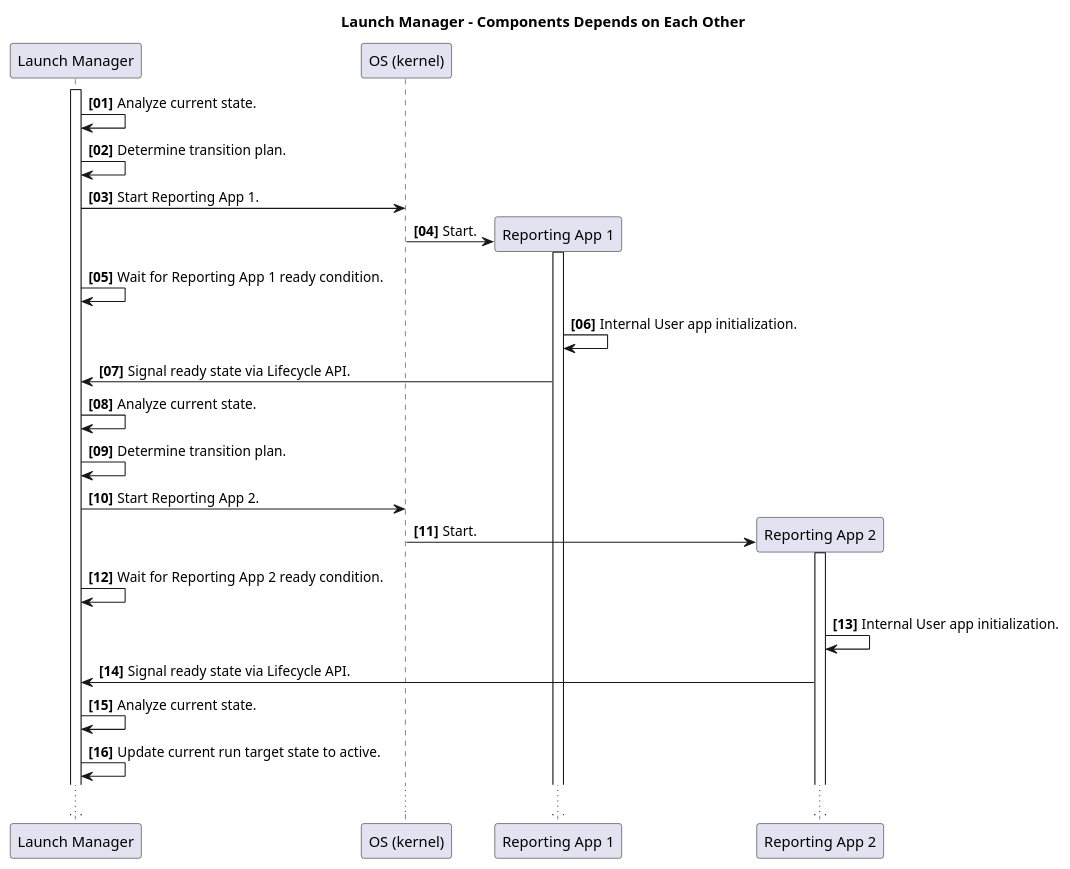
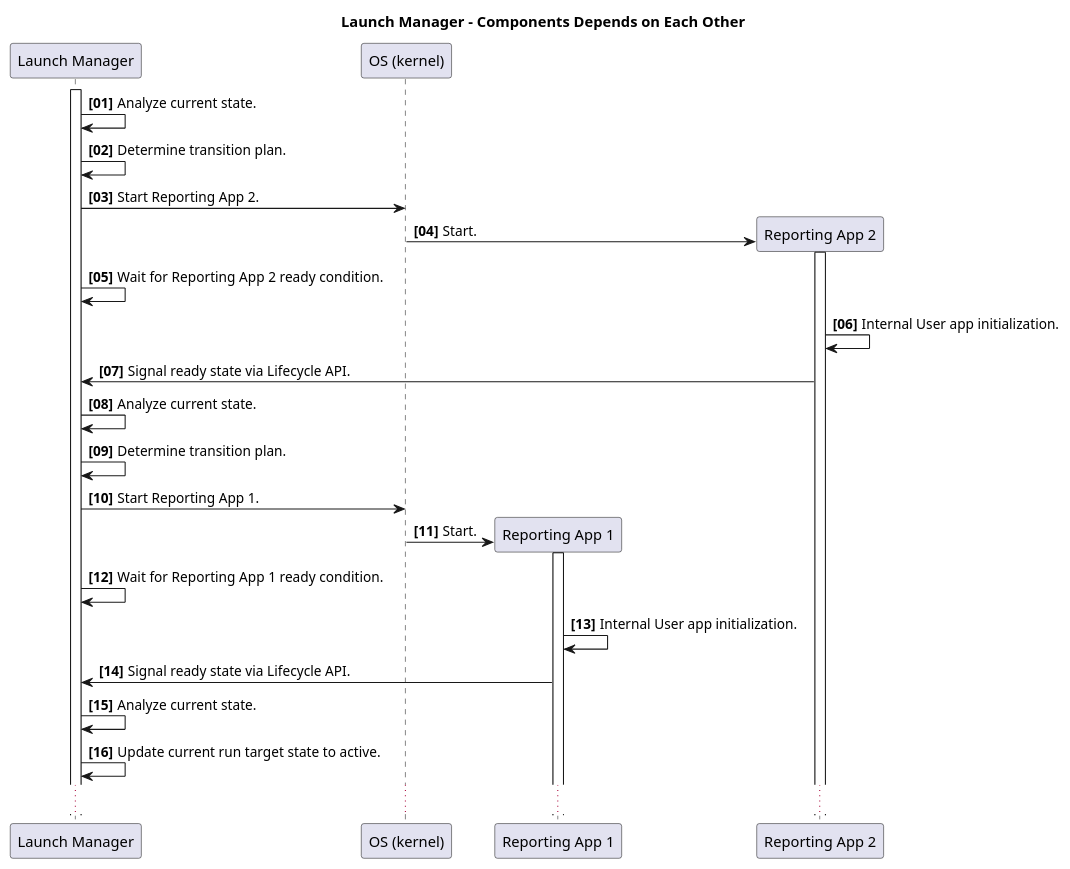
Before and after one commit to eclipse-score/lifecycle: the diagram in docs/features/lifecycle/architecture/_assets/launch_manager_running_dep.puml, drawn with PlantUML. The commit also changed other lines of this file and 11 other files, not shown here.

```diff
--- a/docs/features/lifecycle/architecture/_assets/launch_manager_running_dep.puml
+++ b/docs/features/lifecycle/architecture/_assets/launch_manager_running_dep.puml
@@ -14,36 +14,36 @@
 @startuml
 title Launch Manager - Components Depends on Each Other
 
 autonumber "<b>[00]"
 
 participant "Launch Manager" as LM
 participant "OS (kernel)" as kernel
 participant "Reporting App 1" as app1
 participant "Reporting App 2" as app2
 activate LM
 
 LM -> LM: Analyze current state.
 LM -> LM: Determine transition plan.
 
+LM -> kernel: Start Reporting App 2.
+kernel -> app2 **: Start.
+activate app2
+LM -> LM: Wait for Reporting App 2 ready condition.
+app2 -> app2: Internal User app initialization.
+app2 -> LM: Signal ready state via Lifecycle API.
+
+LM -> LM: Analyze current state.
+LM -> LM: Determine transition plan.
+
 LM -> kernel: Start Reporting App 1.
 kernel -> app1 **: Start.
 activate app1
 LM -> LM: Wait for Reporting App 1 ready condition.
 app1 -> app1: Internal User app initialization.
 app1 -> LM: Signal ready state via Lifecycle API.
 
 LM -> LM: Analyze current state.
-LM -> LM: Determine transition plan.
-
-LM -> kernel: Start Reporting App 2.
-kernel -> app2 **: Start.
-activate app2
-LM -> LM: Wait for Reporting App 2 ready condition.
-app2 -> app2: Internal User app initialization.
-app2 -> LM: Signal ready state via Lifecycle API.
-
-LM -> LM: Analyze current state.
 LM -> LM: Update current run target state to active.
 
 ...
 @enduml
```
